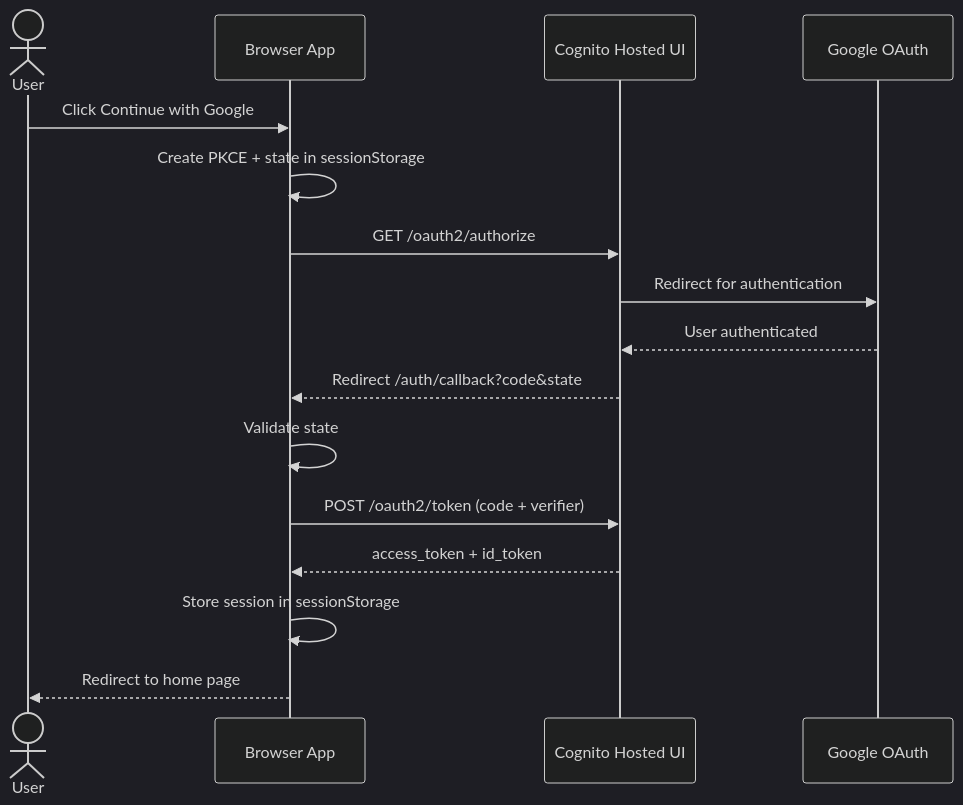
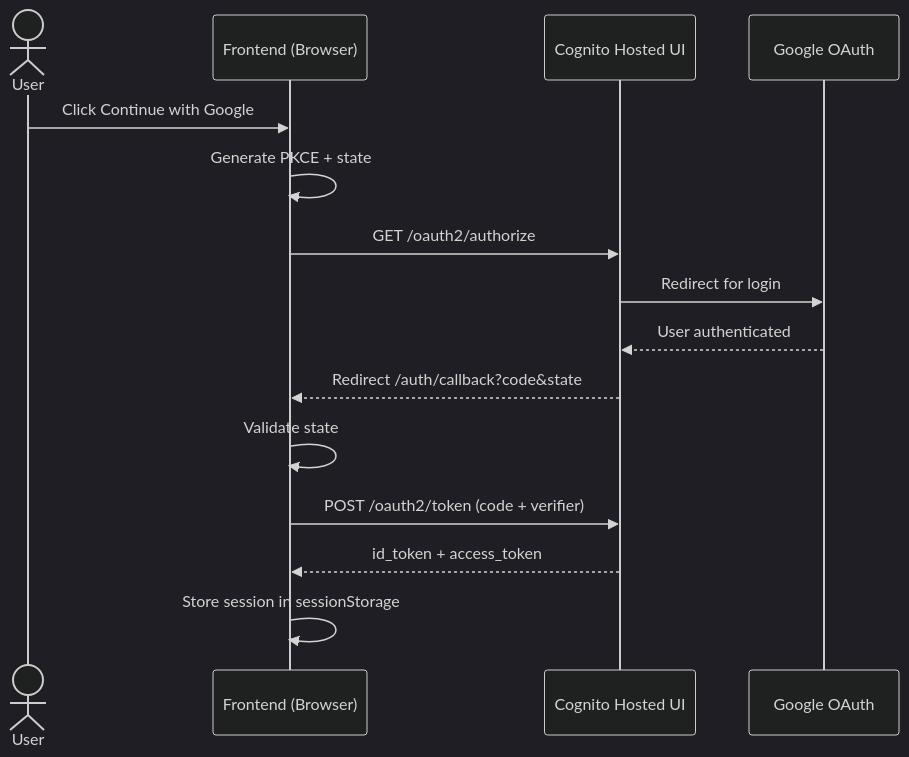
Before and after one commit to ray-chunkit-chung/oauth2-cognito: the second of 2 diagrams in README.md, drawn with Mermaid (dark theme). The commit also changed other lines of this file, not shown here.

````diff
--- a/README.md
+++ b/README.md
@@ -157,19 +127,18 @@
 ```mermaid
 sequenceDiagram
   actor U as User
-  participant B as Browser App
+  participant FE as Frontend (Browser)
   participant C as Cognito Hosted UI
   participant G as Google OAuth
 
-  U->>B: Click Continue with Google
-  B->>B: Create PKCE + state in sessionStorage
-  B->>C: GET /oauth2/authorize
-  C->>G: Redirect for authentication
+  U->>FE: Click Continue with Google
+  FE->>FE: Generate PKCE + state
+  FE->>C: GET /oauth2/authorize
+  C->>G: Redirect for login
   G-->>C: User authenticated
-  C-->>B: Redirect /auth/callback?code&state
-  B->>B: Validate state
-  B->>C: POST /oauth2/token (code + verifier)
-  C-->>B: access_token + id_token
-  B->>B: Store session in sessionStorage
-  B-->>U: Redirect to home page
+  C-->>FE: Redirect /auth/callback?code&state
+  FE->>FE: Validate state
+  FE->>C: POST /oauth2/token (code + verifier)
+  C-->>FE: id_token + access_token
+  FE->>FE: Store session in sessionStorage
 ```
````
